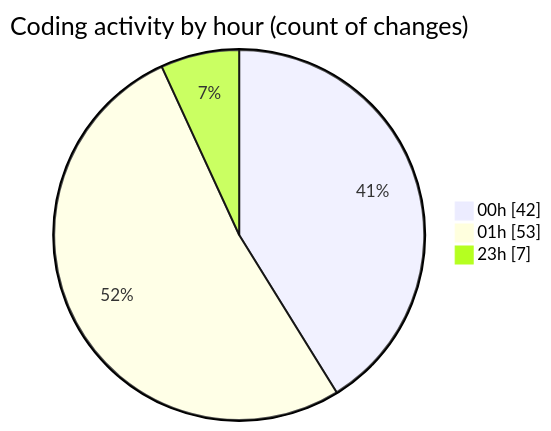
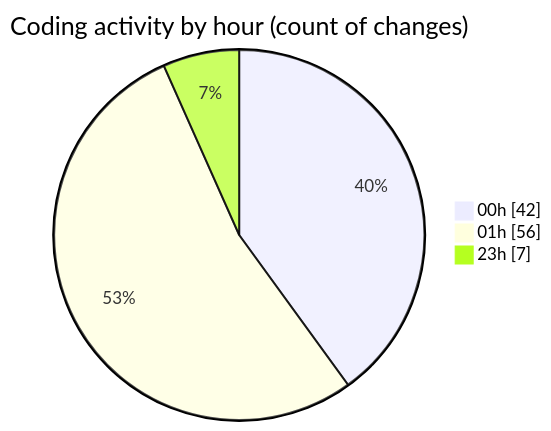
The second of 2 diagrams in 2025-08-12/rentotp/README.md (lephambinh05/code-tracking), drawn with Mermaid before and after one commit. The commit also changed other lines of this file and 1 other file, not shown here.

````diff
--- a/2025-08-12/rentotp/README.md
+++ b/2025-08-12/rentotp/README.md
@@ -47,7 +47,7 @@
 ```mermaid
 pie showData
 title Coding activity by hour (count of changes)
 "00h" : 42
-"01h" : 53
+"01h" : 56
 "23h" : 7
 ```
````
